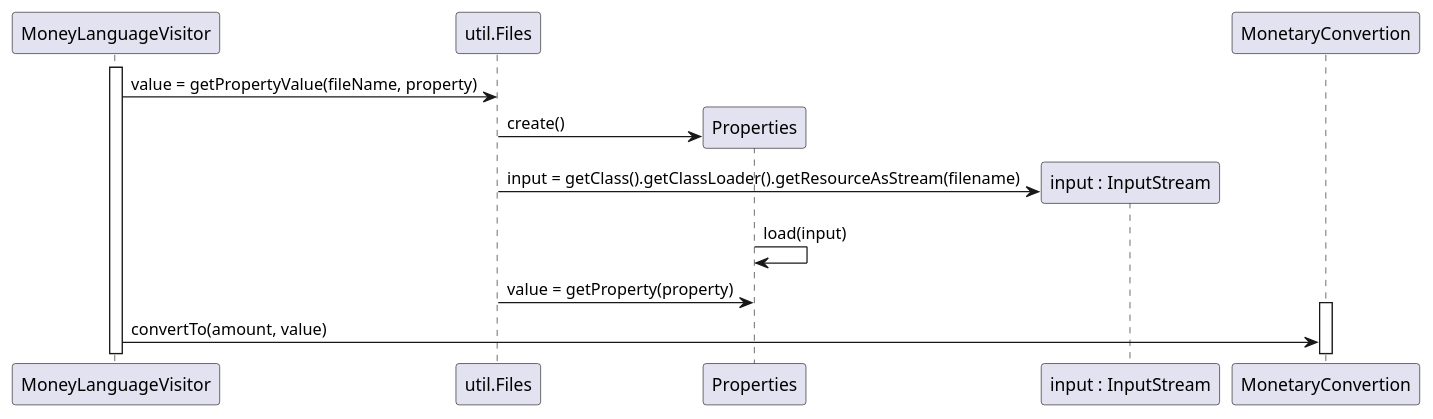
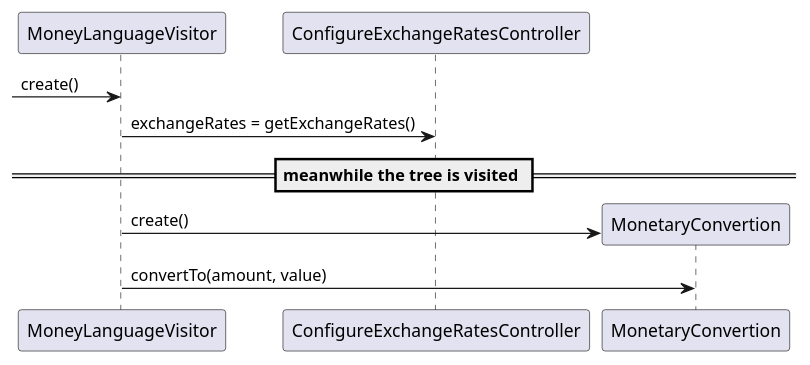
One commit to MikeTekOn/lapr4-2017-2dd changed the diagram in src/main/java/lapr4/red/s2/lang/n1150690/formula/lang01_2_convert.puml. Above: the diagram before and after it, drawn with PlantUML. The commit also changed 9 other files, not shown here.

```diff
--- a/src/main/java/lapr4/red/s2/lang/n1150690/formula/lang01_2_convert.puml
+++ b/src/main/java/lapr4/red/s2/lang/n1150690/formula/lang01_2_convert.puml
@@ -1,21 +1,17 @@
 @startuml core02_01_design3.png
     participant "MoneyLanguageVisitor" as som
-    participant "util.Files" as files
-    participant "Properties" as prop
-    participant "input : InputStream" as input
+    participant "ConfigureExchangeRatesController" as ctrl
     participant "MonetaryConvertion" as mon
     
-    activate som
-    som -> files : value = getPropertyValue(fileName, property)
+
+    [-> som: create()
+    som -> ctrl : exchangeRates = getExchangeRates()
+
     
-    create prop
-    files -> prop : create()
+    == meanwhile the tree is visited ==
     
-    create input
-    files -> input : input = getClass().getClassLoader().getResourceAsStream(filename)
-    prop -> prop : load(input)
-    files -> prop : value = getProperty(property)
-
-    activate mon
+    
+    create mon
+    som -> mon : create()
     som -> mon : convertTo(amount, value)
 @enduml
```
